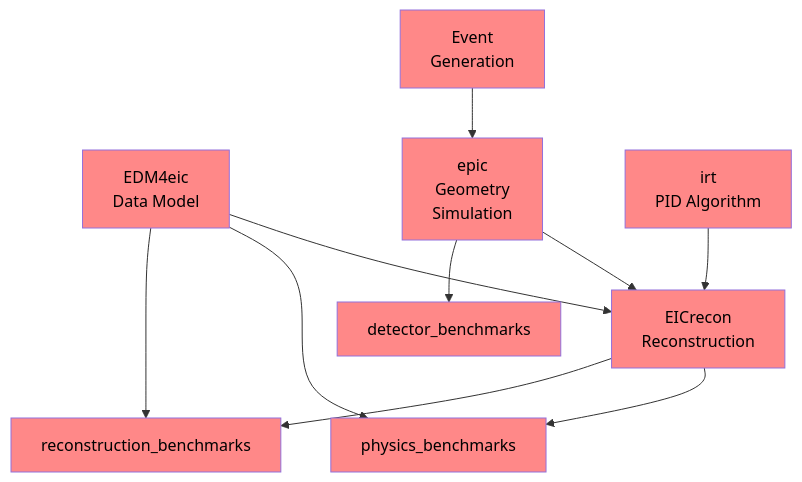
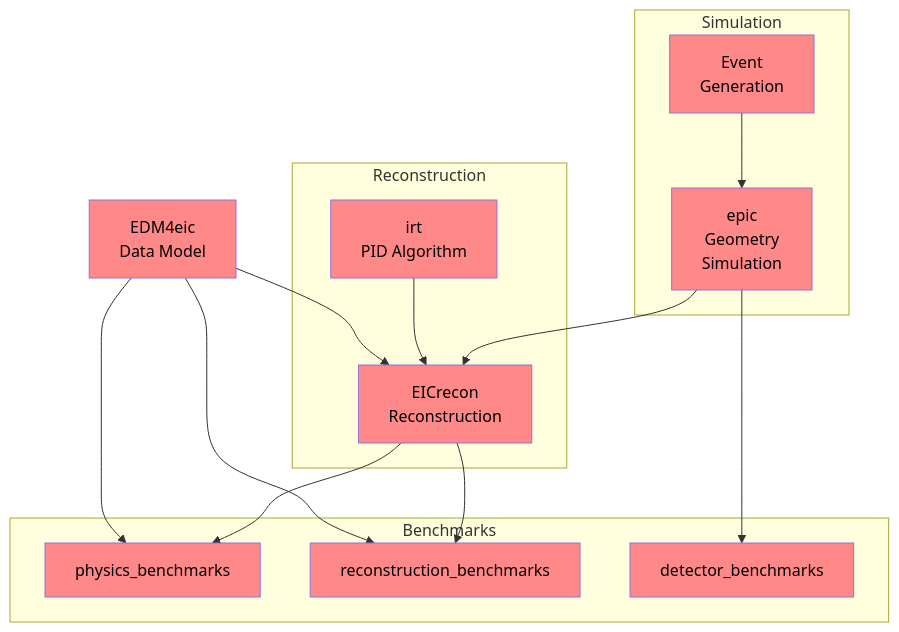
Before and after one commit to eic/drich-dev: the first of 4 diagrams in README.md, drawn with Mermaid.

Commit message:
modified:   README.md

````diff
--- a/README.md
+++ b/README.md
@@ -197,22 +197,28 @@
 ```mermaid
 flowchart TB
   classDef epic fill:#ff8888,color:black
 
-  EventGeneration[Event<br/>Generation]:::epic
   EDM4eic[EDM4eic<br/>Data Model]:::epic
-  epic[epic<br/>Geometry<br/>Simulation]:::epic
-  irt[irt<br/>PID Algorithm]:::epic
-  EICrecon[EICrecon<br/>Reconstruction]:::epic
-  PhysicsBenchmarks[physics_benchmarks]:::epic
-  ReconstructionBenchmarks[reconstruction_benchmarks]:::epic
-  DetectorBenchmarks[detector_benchmarks]:::epic
+  subgraph Simulation
+    EventGeneration[Event<br/>Generation]:::epic
+    epic[epic<br/>Geometry<br/>Simulation]:::epic
+  end
+  subgraph Reconstruction
+    irt[irt<br/>PID Algorithm]:::epic
+    EICrecon[EICrecon<br/>Reconstruction]:::epic
+  end
+  subgraph Benchmarks
+    PhysicsBenchmarks[physics_benchmarks]:::epic
+    ReconstructionBenchmarks[reconstruction_benchmarks]:::epic
+    DetectorBenchmarks[detector_benchmarks]:::epic
+  end
 
   EventGeneration --> epic --> EICrecon
-  EDM4eic         --> EICrecon
   irt             --> EICrecon
   epic            --> DetectorBenchmarks
   EICrecon        --> PhysicsBenchmarks
   EICrecon        --> ReconstructionBenchmarks
+  EDM4eic         --> EICrecon
   EDM4eic         --> PhysicsBenchmarks
   EDM4eic         --> ReconstructionBenchmarks
 ```
````
